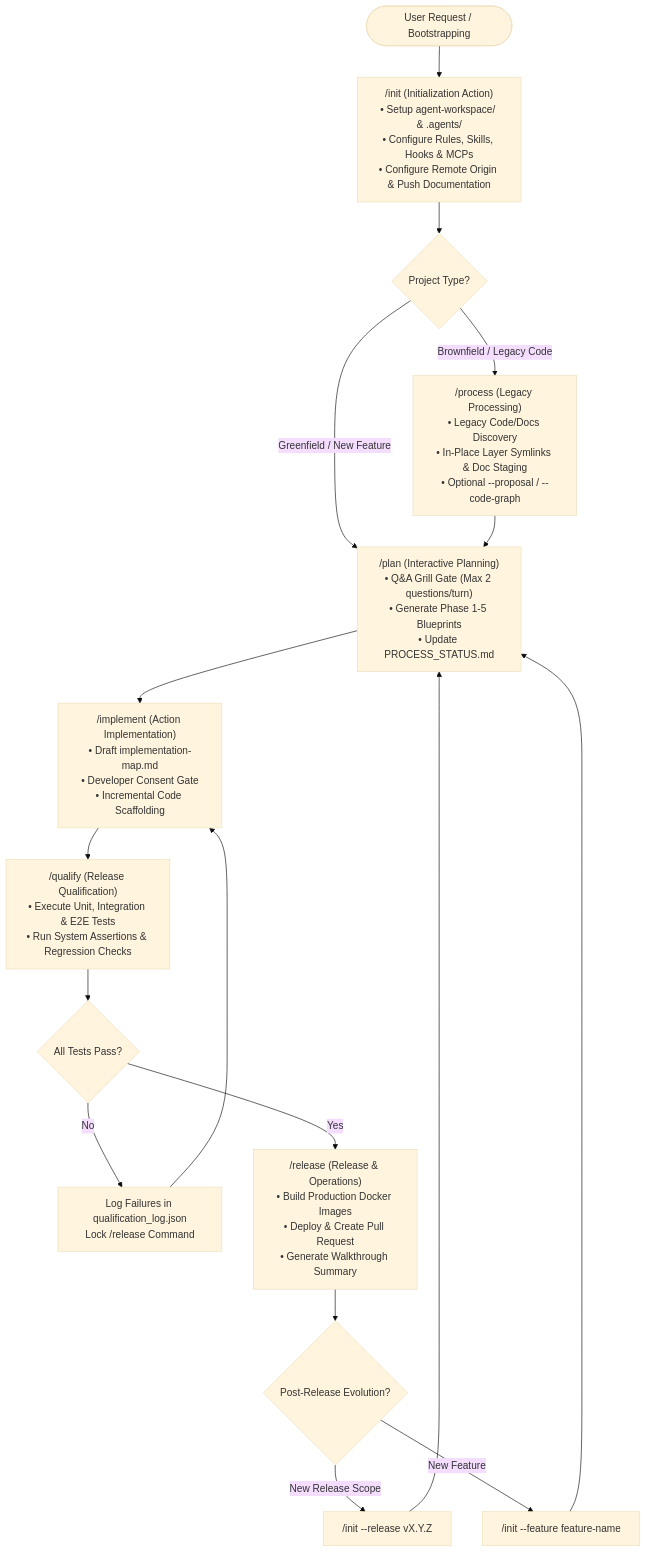
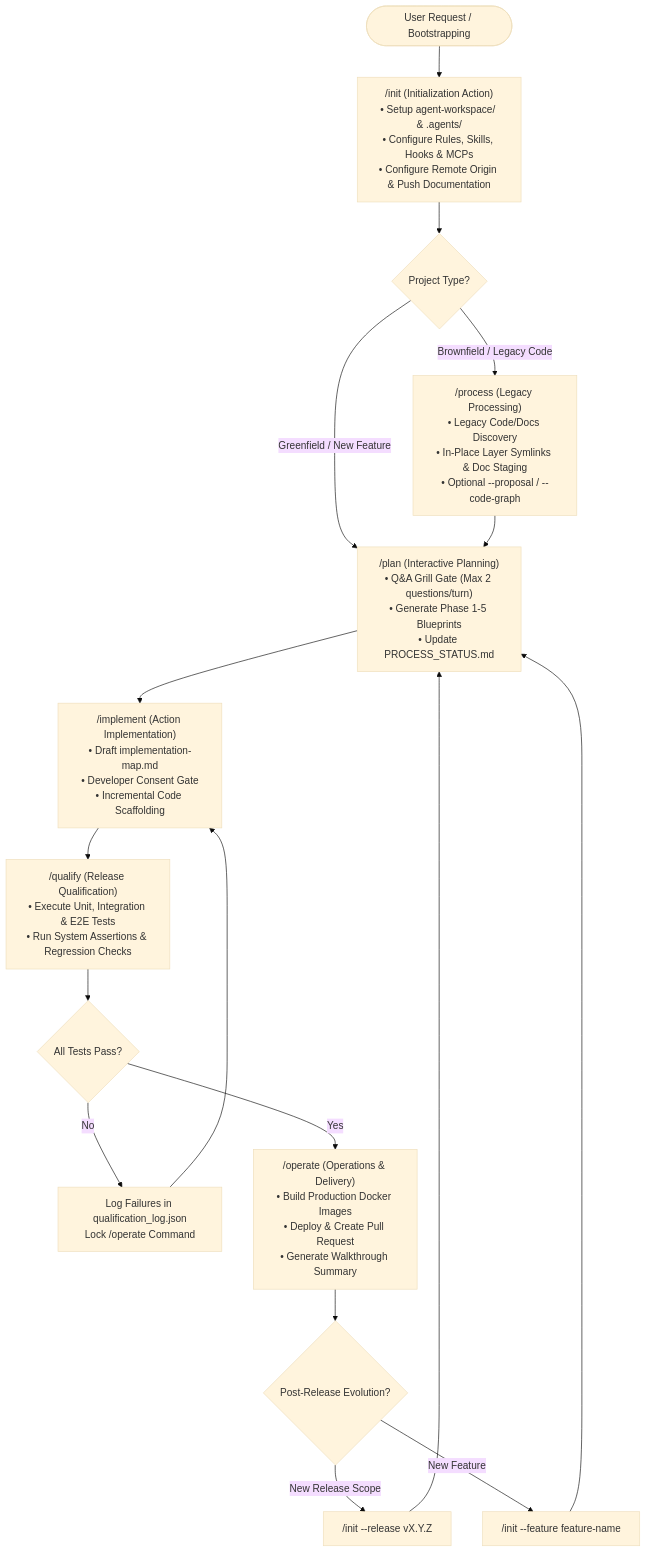
The diagram in actions/summary.md (hrvthgergo/agent-driven-templates), drawn with Mermaid (base theme) before and after one commit. The commit also changed other lines of this file and 22 other files, not shown here.

First line of the commit message:
refactor(operate): rename /release action to /operate

````diff
--- a/actions/summary.md
+++ b/actions/summary.md
@@ -115,24 +115,24 @@
 ```mermaid
 graph TD
     Start([User Request / Bootstrapping]) --> Init["/init (Initialization Action)<br/>• Setup agent-workspace/ & .agents/<br/>• Configure Rules, Skills, Hooks & MCPs<br/>• Configure Remote Origin & Push Documentation"]
     
     Init --> CheckType{Project Type?}
     
     CheckType -->|Brownfield / Legacy Code| ProcHist["/process (Legacy Processing)<br/>• Legacy Code/Docs Discovery<br/>• In-Place Layer Symlinks & Doc Staging<br/>• Optional --proposal / --code-graph"]
     CheckType -->|Greenfield / New Feature| Plan["/plan (Interactive Planning)<br/>• Q&A Grill Gate (Max 2 questions/turn)<br/>• Generate Phase 1-5 Blueprints<br/>• Update PROCESS_STATUS.md"]
     
     ProcHist --> Plan
     
     Plan --> Implement["/implement (Action Implementation)<br/>• Draft implementation-map.md<br/>• Developer Consent Gate<br/>• Incremental Code Scaffolding"]
     
     Implement --> Qualify["/qualify (Release Qualification)<br/>• Execute Unit, Integration & E2E Tests<br/>• Run System Assertions & Regression Checks"]
     
     Qualify --> TestCheck{All Tests Pass?}
     
-    TestCheck -->|No| Fix["Log Failures in qualification_log.json<br/>Lock /release Command"] --> Implement
-    TestCheck -->|Yes| Release["/release (Release & Operations)<br/>• Build Production Docker Images<br/>• Deploy & Create Pull Request<br/>• Generate Walkthrough Summary"]
+    TestCheck -->|No| Fix["Log Failures in qualification_log.json<br/>Lock /operate Command"] --> Implement
+    TestCheck -->|Yes| Release["/operate (Operations & Delivery)<br/>• Build Production Docker Images<br/>• Deploy & Create Pull Request<br/>• Generate Walkthrough Summary"]
     
     Release --> Evolve{Post-Release Evolution?}
     Evolve -->|New Release Scope| InitRel["/init --release vX.Y.Z"] --> Plan
     Evolve -->|New Feature| InitFeat["/init --feature feature-name"] --> Plan
 ```
````
